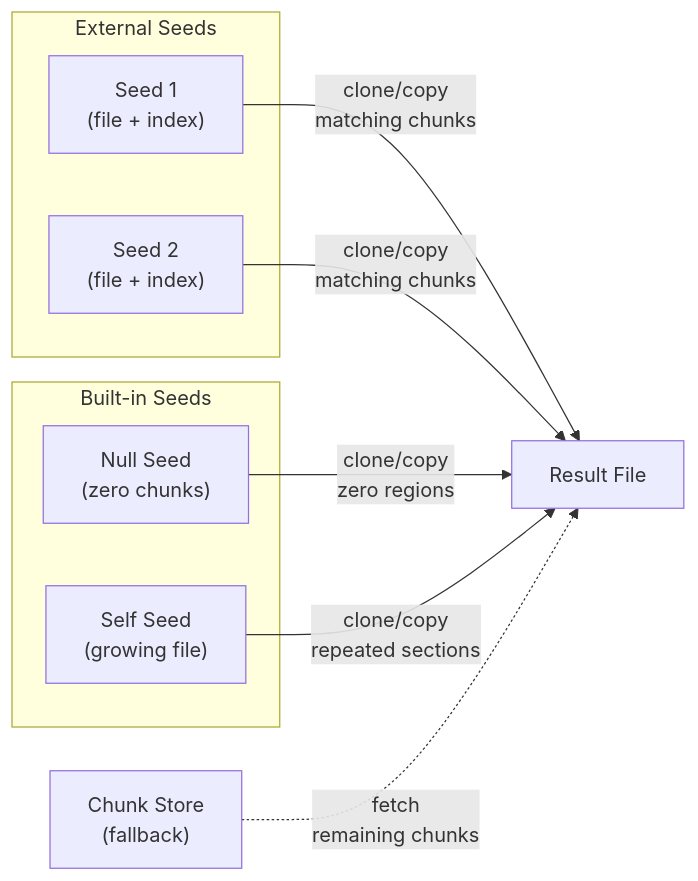
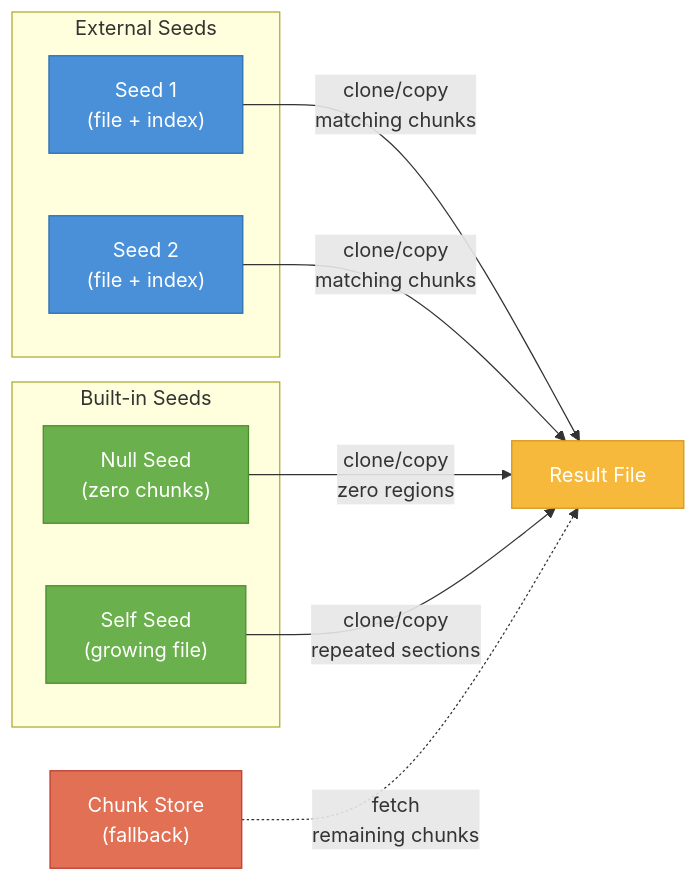
One commit to folbricht/desync changed the first of 2 diagrams in README.md. Above: the diagram before and after it, drawn with Mermaid. The commit also changed other lines of this file, not shown here.

First line of the commit message:
Add color styling to mermaid diagrams

````diff
--- a/README.md
+++ b/README.md
@@ -131,22 +131,29 @@
 ```mermaid
 graph LR
     subgraph "External Seeds"
         S1["Seed 1<br/>(file + index)"]
         S2["Seed 2<br/>(file + index)"]
     end
 
     subgraph "Built-in Seeds"
         NS["Null Seed<br/>(zero chunks)"]
         SS["Self Seed<br/>(growing file)"]
     end
 
     CS["Chunk Store<br/>(fallback)"]
 
     Result["Result File"]
 
     S1 -- "clone/copy<br/>matching chunks" --> Result
     S2 -- "clone/copy<br/>matching chunks" --> Result
     NS -- "clone/copy<br/>zero regions" --> Result
     SS -- "clone/copy<br/>repeated sections" --> Result
     CS -. "fetch<br/>remaining chunks" .-> Result
+
+    style S1 fill:#4a90d9,stroke:#2a6cb0,color:#fff
+    style S2 fill:#4a90d9,stroke:#2a6cb0,color:#fff
+    style NS fill:#6ab04c,stroke:#4a8a2c,color:#fff
+    style SS fill:#6ab04c,stroke:#4a8a2c,color:#fff
+    style CS fill:#e17055,stroke:#c0392b,color:#fff
+    style Result fill:#f6b93b,stroke:#d4951a,color:#fff
 ```
````
